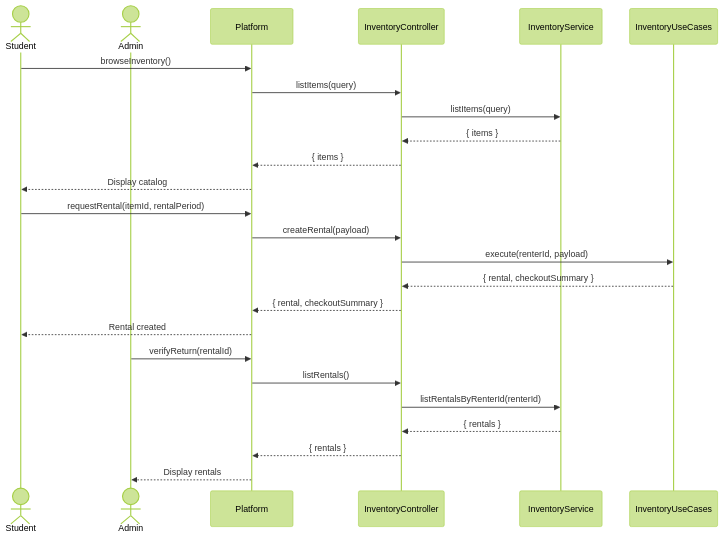
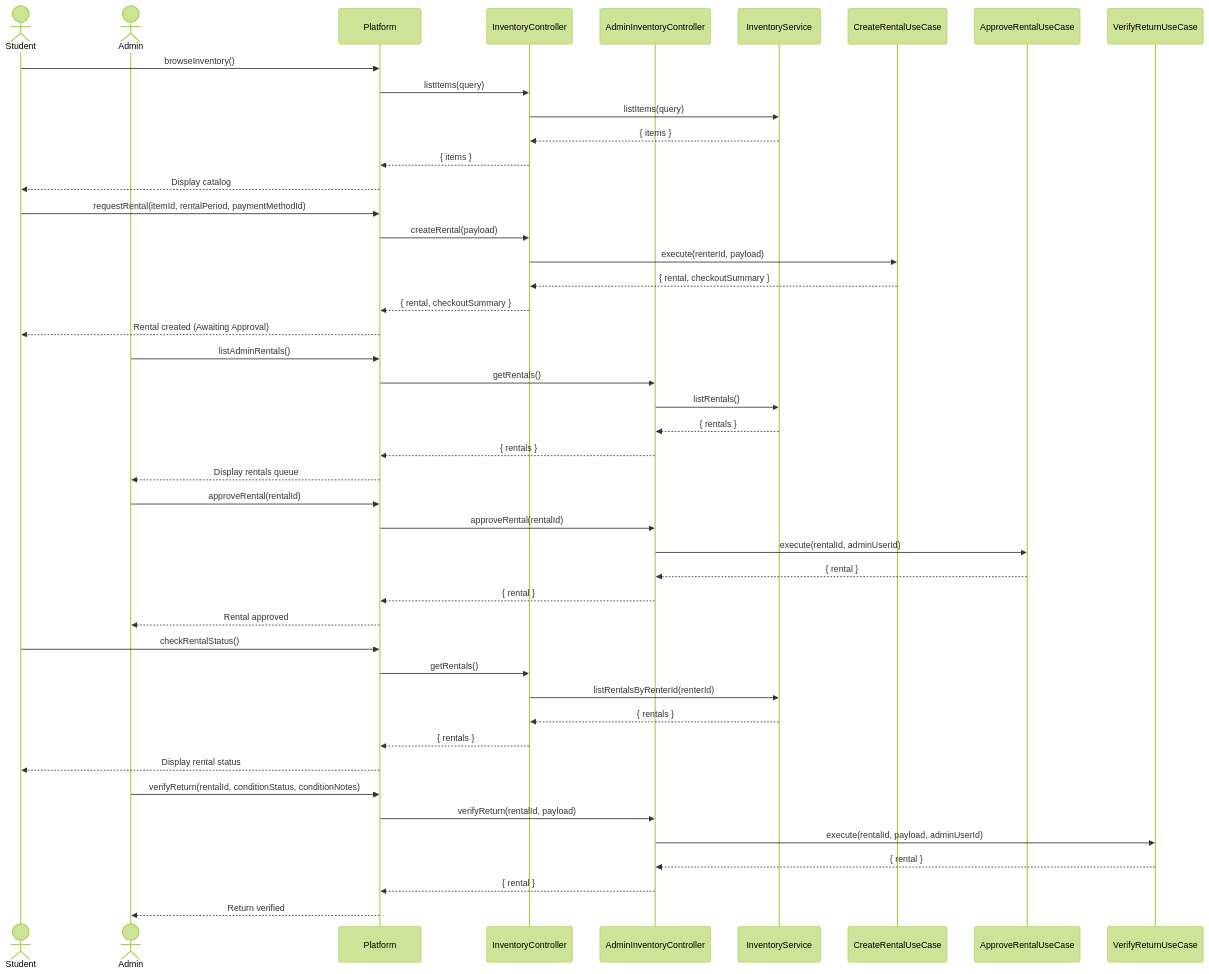
Before and after one commit to NovaLogic-Systems/gestArtes-docs: the eighth of 20 diagrams in diagrams/Sequence Diagram/sequencediagram.md, drawn with Mermaid (forest theme). The commit also changed other lines of this file and 4 other files, not shown here.

Commit message:
Refactor sequence diagrams for rental and marketplace processes; enhance sitemap and state machine diagram for clarity and detail

````diff
--- a/diagrams/Sequence Diagram/sequencediagram.md
+++ b/diagrams/Sequence Diagram/sequencediagram.md
@@ -247,30 +247,54 @@
 ```mermaid
 sequenceDiagram
     actor Student
     actor Admin
     participant Platform as Platform
     participant InventoryController as InventoryController
+    participant AdminInventoryController as AdminInventoryController
     participant InventoryService as InventoryService
-    participant InventoryUseCases as InventoryUseCases
+    participant CreateRentalUseCase as CreateRentalUseCase
+    participant ApproveRentalUseCase as ApproveRentalUseCase
+    participant VerifyReturnUseCase as VerifyReturnUseCase
 
     Student->>Platform: browseInventory()
     Platform->>InventoryController: listItems(query)
     InventoryController->>InventoryService: listItems(query)
     InventoryService-->>InventoryController: { items }
     InventoryController-->>Platform: { items }
     Platform-->>Student: Display catalog
 
-    Student->>Platform: requestRental(itemId, rentalPeriod)
+    Student->>Platform: requestRental(itemId, rentalPeriod, paymentMethodId)
     Platform->>InventoryController: createRental(payload)
-    InventoryController->>InventoryUseCases: execute(renterId, payload)
-    InventoryUseCases-->>InventoryController: { rental, checkoutSummary }
+    InventoryController->>CreateRentalUseCase: execute(renterId, payload)
+    CreateRentalUseCase-->>InventoryController: { rental, checkoutSummary }
     InventoryController-->>Platform: { rental, checkoutSummary }
-    Platform-->>Student: Rental created
+    Platform-->>Student: Rental created (Awaiting Approval)
 
-    Admin->>Platform: verifyReturn(rentalId)
-    Platform->>InventoryController: listRentals()
+    Admin->>Platform: listAdminRentals()
+    Platform->>AdminInventoryController: getRentals()
+    AdminInventoryController->>InventoryService: listRentals()
+    InventoryService-->>AdminInventoryController: { rentals }
+    AdminInventoryController-->>Platform: { rentals }
+    Platform-->>Admin: Display rentals queue
+
+    Admin->>Platform: approveRental(rentalId)
+    Platform->>AdminInventoryController: approveRental(rentalId)
+    AdminInventoryController->>ApproveRentalUseCase: execute(rentalId, adminUserId)
+    ApproveRentalUseCase-->>AdminInventoryController: { rental }
+    AdminInventoryController-->>Platform: { rental }
+    Platform-->>Admin: Rental approved
+
+    Student->>Platform: checkRentalStatus()
+    Platform->>InventoryController: getRentals()
     InventoryController->>InventoryService: listRentalsByRenterId(renterId)
     InventoryService-->>InventoryController: { rentals }
     InventoryController-->>Platform: { rentals }
-    Platform-->>Admin: Display rentals
+    Platform-->>Student: Display rental status
+
+    Admin->>Platform: verifyReturn(rentalId, conditionStatus, conditionNotes)
+    Platform->>AdminInventoryController: verifyReturn(rentalId, payload)
+    AdminInventoryController->>VerifyReturnUseCase: execute(rentalId, payload, adminUserId)
+    VerifyReturnUseCase-->>AdminInventoryController: { rental }
+    AdminInventoryController-->>Platform: { rental }
+    Platform-->>Admin: Return verified
 ```
````
